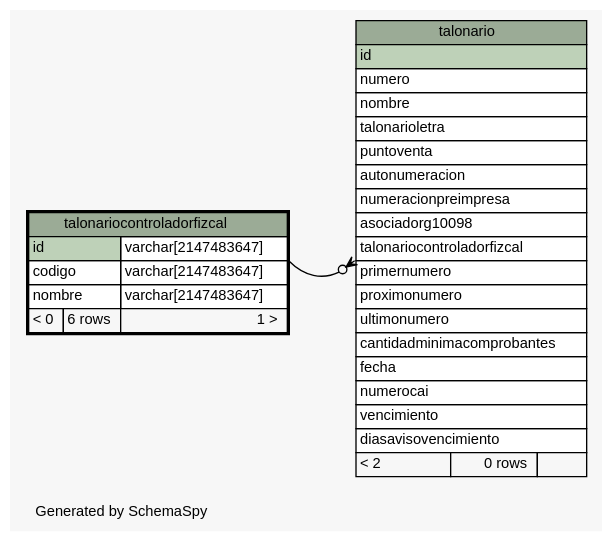
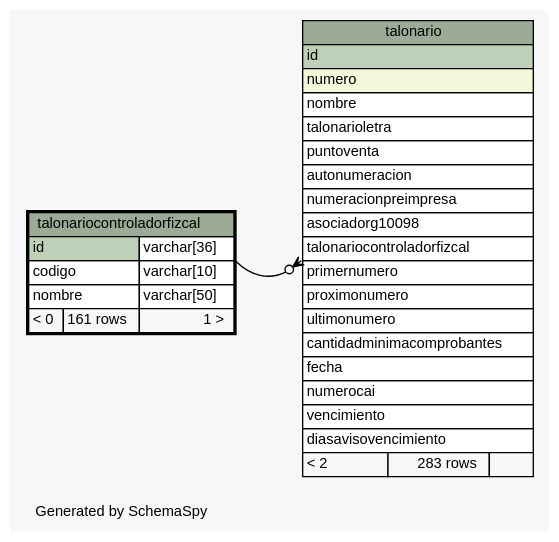
The diagram in postgresql/schemaSpy/salida/diagrams/talonariocontroladorfizcal.1degree.dot (diegopablomansilla/massoftware_front), drawn with Graphviz before and after one commit. The commit also changed 162 other files, not shown here.

```diff
--- a/postgresql/schemaSpy/salida/diagrams/talonariocontroladorfizcal.1degree.dot
+++ b/postgresql/schemaSpy/salida/diagrams/talonariocontroladorfizcal.1degree.dot
@@ -1,61 +1,61 @@
 // dot 2.2.1 on Windows 10 10.0
 // SchemaSpy rev 590
 digraph "oneDegreeRelationshipsDiagram" {
   graph [
     rankdir="RL"
     bgcolor="#f7f7f7"
     label="\nGenerated by SchemaSpy"
     labeljust="l"
     nodesep="0.18"
     ranksep="0.46"
     fontname="Helvetica"
     fontsize="11"
   ];
   node [
     fontname="Helvetica"
     fontsize="11"
     shape="plaintext"
   ];
   edge [
     arrowsize="0.8"
   ];
   "talonario":"talonariocontroladorfizcal":sw -> "talonariocontroladorfizcal":"id.type":se [arrowhead=none dir=back arrowtail=crowodot];
   "talonario" [
     label=<
     <TABLE BORDER="0" CELLBORDER="1" CELLSPACING="0" BGCOLOR="#ffffff">
       <TR><TD COLSPAN="3" BGCOLOR="#9bab96" ALIGN="CENTER">talonario</TD></TR>
       <TR><TD PORT="id" COLSPAN="3" BGCOLOR="#bed1b8" ALIGN="LEFT">id</TD></TR>
-      <TR><TD PORT="numero" COLSPAN="3" ALIGN="LEFT">numero</TD></TR>
+      <TR><TD PORT="numero" COLSPAN="3" BGCOLOR="#f4f7da" ALIGN="LEFT">numero</TD></TR>
       <TR><TD PORT="nombre" COLSPAN="3" ALIGN="LEFT">nombre</TD></TR>
       <TR><TD PORT="talonarioletra" COLSPAN="3" ALIGN="LEFT">talonarioletra</TD></TR>
       <TR><TD PORT="puntoventa" COLSPAN="3" ALIGN="LEFT">puntoventa</TD></TR>
       <TR><TD PORT="autonumeracion" COLSPAN="3" ALIGN="LEFT">autonumeracion</TD></TR>
       <TR><TD PORT="numeracionpreimpresa" COLSPAN="3" ALIGN="LEFT">numeracionpreimpresa</TD></TR>
       <TR><TD PORT="asociadorg10098" COLSPAN="3" ALIGN="LEFT">asociadorg10098</TD></TR>
       <TR><TD PORT="talonariocontroladorfizcal" COLSPAN="3" ALIGN="LEFT">talonariocontroladorfizcal</TD></TR>
       <TR><TD PORT="primernumero" COLSPAN="3" ALIGN="LEFT">primernumero</TD></TR>
       <TR><TD PORT="proximonumero" COLSPAN="3" ALIGN="LEFT">proximonumero</TD></TR>
       <TR><TD PORT="ultimonumero" COLSPAN="3" ALIGN="LEFT">ultimonumero</TD></TR>
       <TR><TD PORT="cantidadminimacomprobantes" COLSPAN="3" ALIGN="LEFT">cantidadminimacomprobantes</TD></TR>
       <TR><TD PORT="fecha" COLSPAN="3" ALIGN="LEFT">fecha</TD></TR>
       <TR><TD PORT="numerocai" COLSPAN="3" ALIGN="LEFT">numerocai</TD></TR>
       <TR><TD PORT="vencimiento" COLSPAN="3" ALIGN="LEFT">vencimiento</TD></TR>
       <TR><TD PORT="diasavisovencimiento" COLSPAN="3" ALIGN="LEFT">diasavisovencimiento</TD></TR>
-      <TR><TD ALIGN="LEFT" BGCOLOR="#f7f7f7">&lt; 2</TD><TD ALIGN="RIGHT" BGCOLOR="#f7f7f7">0 rows</TD><TD ALIGN="RIGHT" BGCOLOR="#f7f7f7">  </TD></TR>
+      <TR><TD ALIGN="LEFT" BGCOLOR="#f7f7f7">&lt; 2</TD><TD ALIGN="RIGHT" BGCOLOR="#f7f7f7">283 rows</TD><TD ALIGN="RIGHT" BGCOLOR="#f7f7f7">  </TD></TR>
     </TABLE>>
     URL="talonario.html"
     tooltip="talonario"
   ];
   "talonariocontroladorfizcal" [
     label=<
     <TABLE BORDER="2" CELLBORDER="1" CELLSPACING="0" BGCOLOR="#ffffff">
       <TR><TD COLSPAN="3" BGCOLOR="#9bab96" ALIGN="CENTER">talonariocontroladorfizcal</TD></TR>
-      <TR><TD PORT="id" COLSPAN="2" BGCOLOR="#bed1b8" ALIGN="LEFT">id</TD><TD PORT="id.type" ALIGN="LEFT">varchar[2147483647]</TD></TR>
-      <TR><TD PORT="codigo" COLSPAN="2" ALIGN="LEFT">codigo</TD><TD PORT="codigo.type" ALIGN="LEFT">varchar[2147483647]</TD></TR>
-      <TR><TD PORT="nombre" COLSPAN="2" ALIGN="LEFT">nombre</TD><TD PORT="nombre.type" ALIGN="LEFT">varchar[2147483647]</TD></TR>
-      <TR><TD ALIGN="LEFT" BGCOLOR="#f7f7f7">&lt; 0</TD><TD ALIGN="RIGHT" BGCOLOR="#f7f7f7">6 rows</TD><TD ALIGN="RIGHT" BGCOLOR="#f7f7f7">1 &gt;</TD></TR>
+      <TR><TD PORT="id" COLSPAN="2" BGCOLOR="#bed1b8" ALIGN="LEFT">id</TD><TD PORT="id.type" ALIGN="LEFT">varchar[36]</TD></TR>
+      <TR><TD PORT="codigo" COLSPAN="2" ALIGN="LEFT">codigo</TD><TD PORT="codigo.type" ALIGN="LEFT">varchar[10]</TD></TR>
+      <TR><TD PORT="nombre" COLSPAN="2" ALIGN="LEFT">nombre</TD><TD PORT="nombre.type" ALIGN="LEFT">varchar[50]</TD></TR>
+      <TR><TD ALIGN="LEFT" BGCOLOR="#f7f7f7">&lt; 0</TD><TD ALIGN="RIGHT" BGCOLOR="#f7f7f7">161 rows</TD><TD ALIGN="RIGHT" BGCOLOR="#f7f7f7">1 &gt;</TD></TR>
     </TABLE>>
     URL="talonariocontroladorfizcal.html"
     tooltip="talonariocontroladorfizcal"
   ];
 }
```
